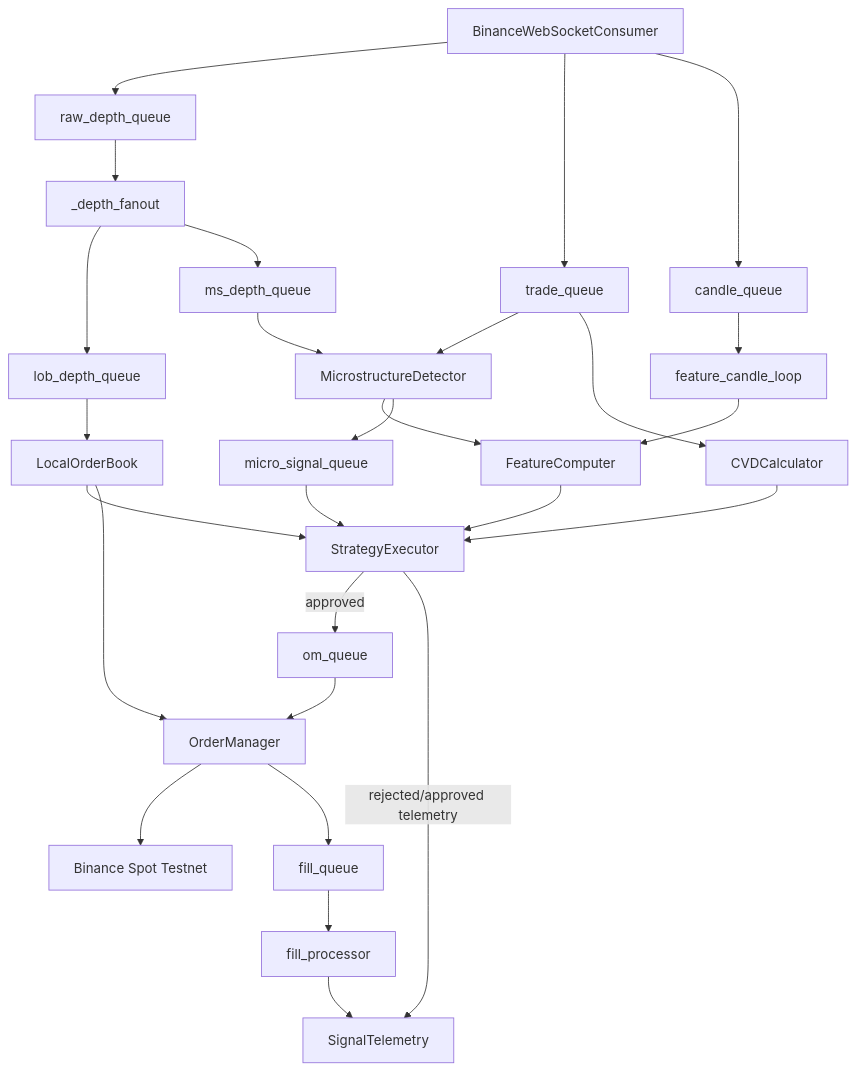
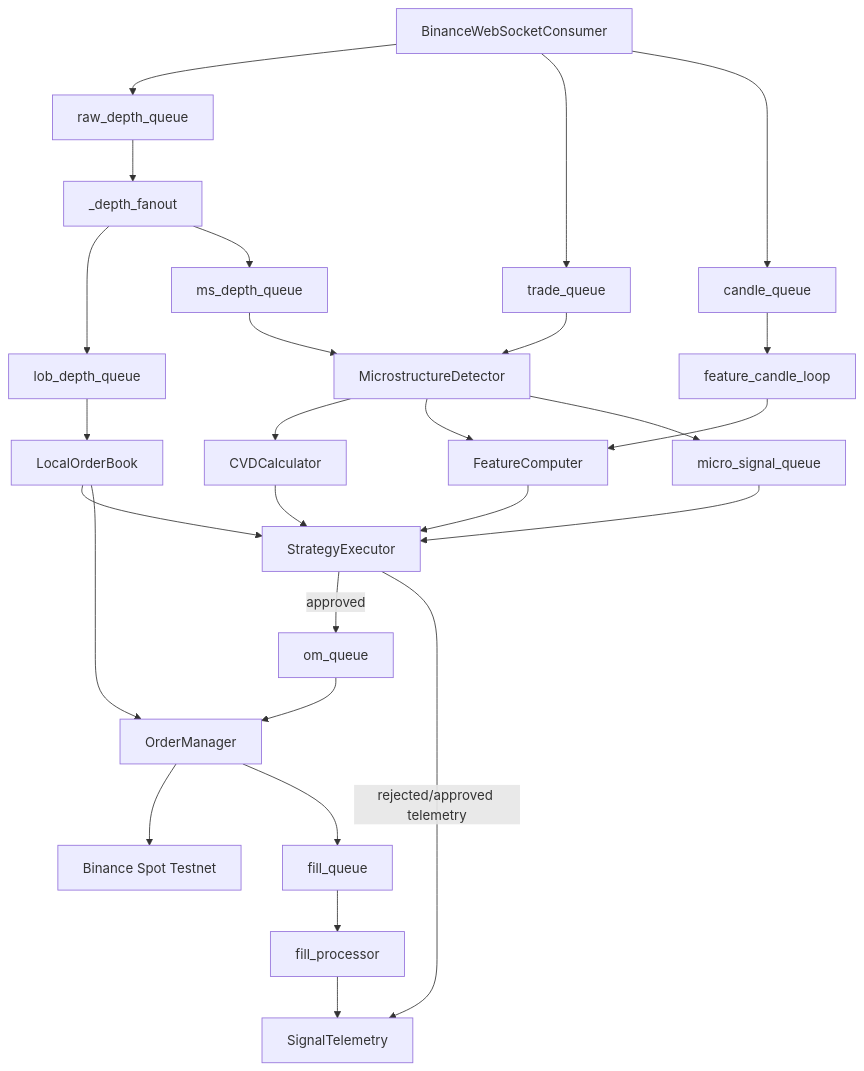
One commit to changjulian17/QF635_project changed the first of 2 diagrams in documentation/algorithm.md. Above: the diagram before and after it, drawn with Mermaid. The commit also changed 1 other file, not shown here.

````diff
--- a/documentation/algorithm.md
+++ b/documentation/algorithm.md
@@ -20,33 +20,33 @@
 ```mermaid
 flowchart TD
     WS[BinanceWebSocketConsumer] --> RAW[raw_depth_queue]
     WS --> TRADES[trade_queue]
     WS --> CANDLES[candle_queue]
 
     RAW --> FANOUT[_depth_fanout]
     FANOUT --> LOBQ[lob_depth_queue]
     FANOUT --> MSQ[ms_depth_queue]
 
     LOBQ --> LOB[LocalOrderBook]
     MSQ --> MS[MicrostructureDetector]
     TRADES --> MS
-    TRADES --> CVD[CVDCalculator]
+    MS --> CVD[CVDCalculator]
     CANDLES --> FCL[feature_candle_loop]
     FCL --> FC[FeatureComputer]
     MS --> FC
 
     MS --> MICROQ[micro_signal_queue]
     MICROQ --> EXEC[StrategyExecutor]
     FC --> EXEC
     CVD --> EXEC
     LOB --> EXEC
     LOB --> OM
 
     EXEC -->|approved| OMQ[om_queue]
     EXEC -->|rejected/approved telemetry| TELEM[SignalTelemetry]
     OMQ --> OM[OrderManager]
     OM --> TESTNET[Binance Spot Testnet]
     OM --> FILLS[fill_queue]
     FILLS --> FILLPROC[fill_processor]
     FILLPROC --> TELEM
 ```
````
